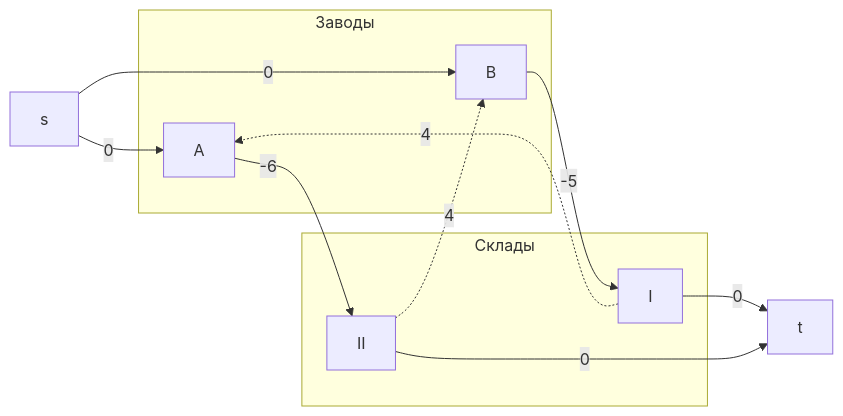
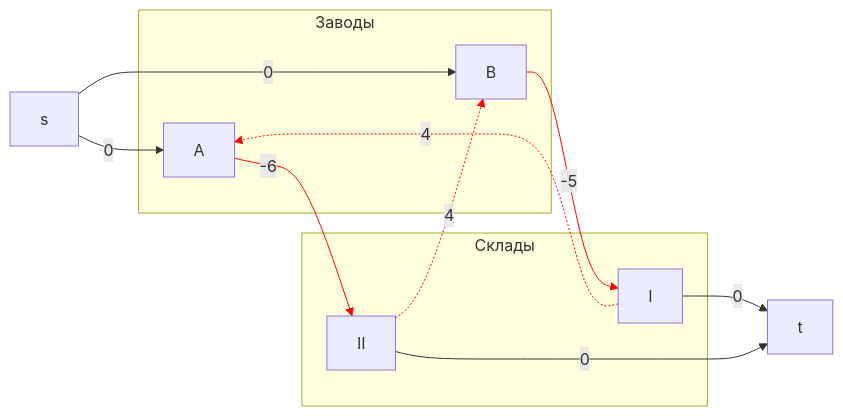
One commit to hse-algo-24-owl/manual-tasks-owl changed the fourth of 10 diagrams in task-11-plus/mikhailkrug.md. Above: the diagram before and after it, drawn with Mermaid. The commit also changed other lines of this file, not shown here.

````diff
--- a/task-11-plus/mikhailkrug.md
+++ b/task-11-plus/mikhailkrug.md
@@ -62,21 +71,25 @@
 ```mermaid
 graph LR
     subgraph "Заводы"
         A[A]
         B[B]
 
     end
     subgraph "Склады"
         I[I]
         II[II]
 
     end
     s --> |0|A
     s --> |0|B
-    I -.-> |4|A
     A --> |-6|II
     B --> |-5|I
+    I -.-> |4|A
     II -.-> |4|B
     I --> |0|t
     II --> |0|t
+linkStyle 2 stroke:red;
+linkStyle 3 stroke:red;
+linkStyle 4 stroke:red;
+linkStyle 5 stroke:red;
 ```
````
